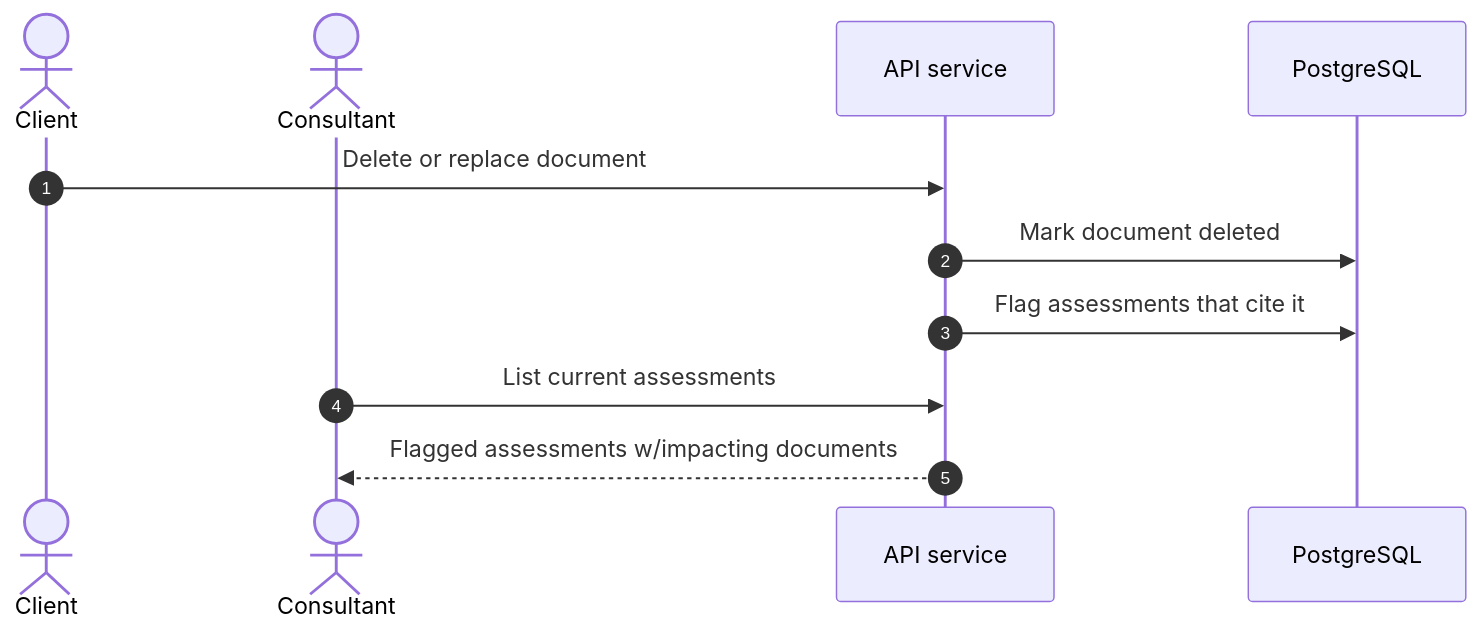
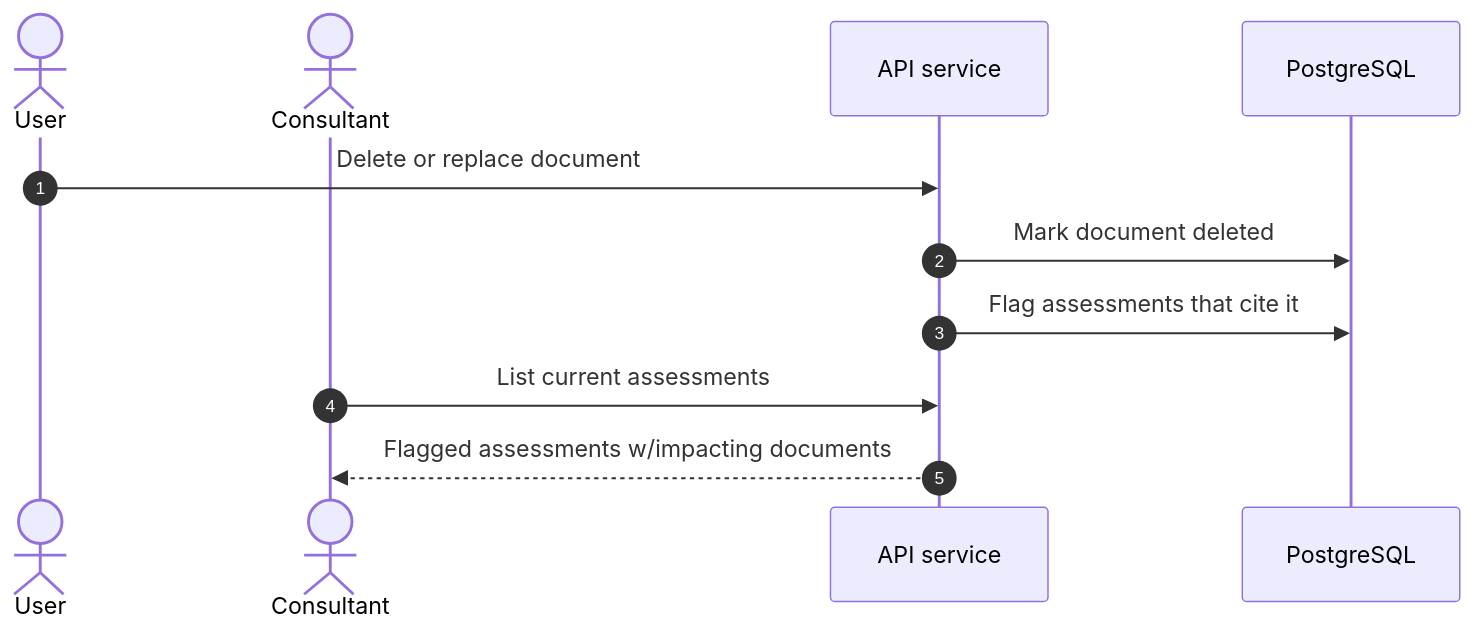
Diagram 11 of 26 in README.md (DavidRHannah/compliance), drawn with Mermaid before and after one commit. The commit also changed other lines of this file, not shown here.

Commit message:
Diagram cleanup & add data deployment diagrams.

````diff
--- a/README.md
+++ b/README.md
@@ -281,13 +281,13 @@
-``` mermaid
+```mermaid
 sequenceDiagram
     autonumber
-    actor u as Client
+    actor u as User
     actor c as Consultant 
     participant api as API service
     participant db as PostgreSQL
     u->>api: Delete or replace document
     api->>db: Mark document deleted
     api->>db: Flag assessments that cite it
     c->>api: List current assessments
     api-->>c: Flagged assessments w/impacting documents
 ```
````
